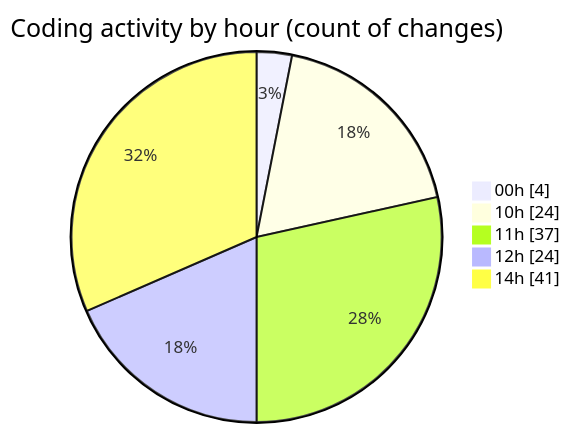
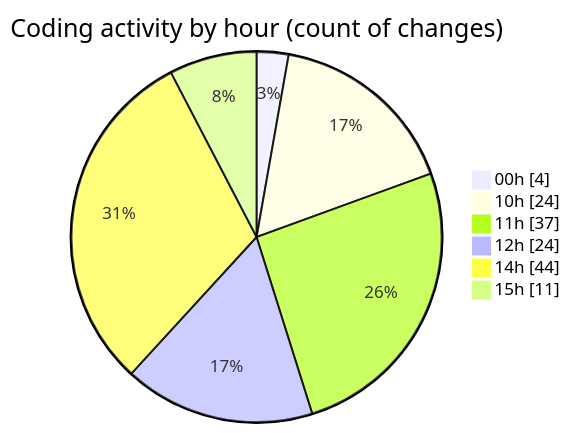
The second of 2 diagrams in 2025-04-04/back-end/README.md (Netris89/code-tracking), drawn with Mermaid before and after one commit. The commit also changed other lines of this file and 1 other file, not shown here.

````diff
--- a/2025-04-04/back-end/README.md
+++ b/2025-04-04/back-end/README.md
@@ -46,9 +46,10 @@
 ```mermaid
 pie showData
 title Coding activity by hour (count of changes)
 "00h" : 4
 "10h" : 24
 "11h" : 37
 "12h" : 24
-"14h" : 41
+"14h" : 44
+"15h" : 11
 ```
````
